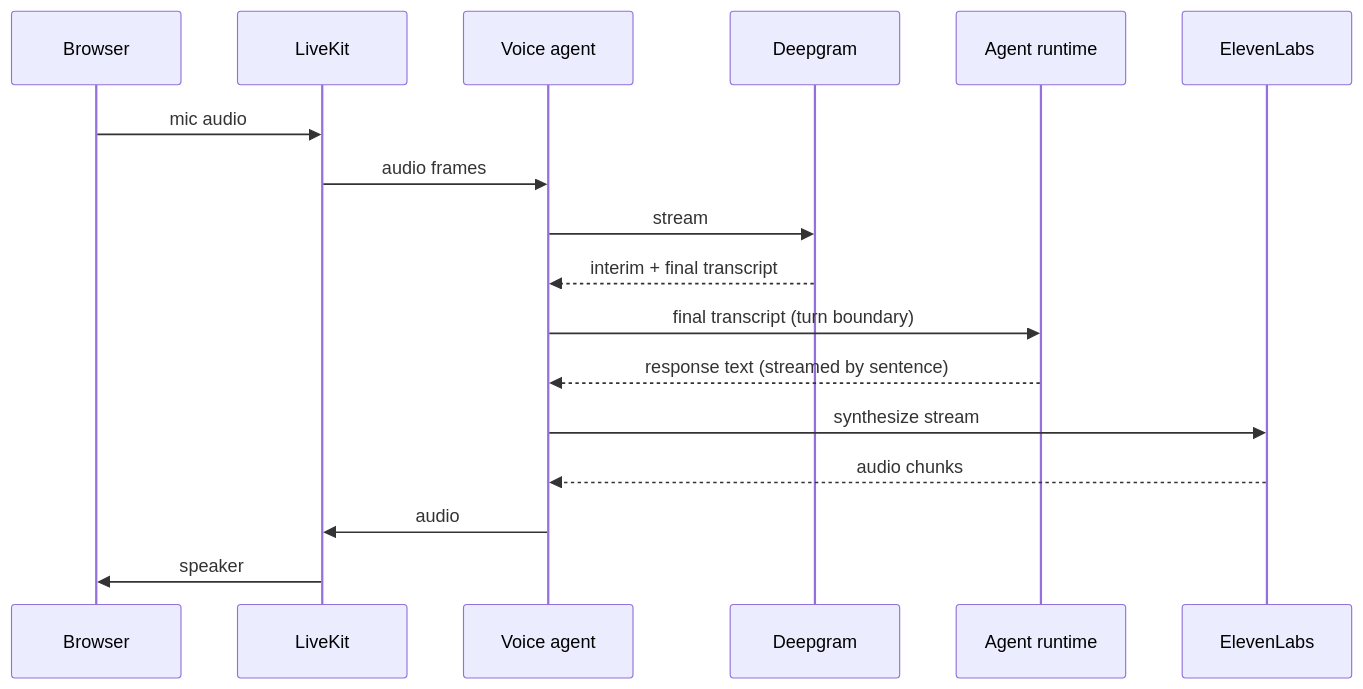
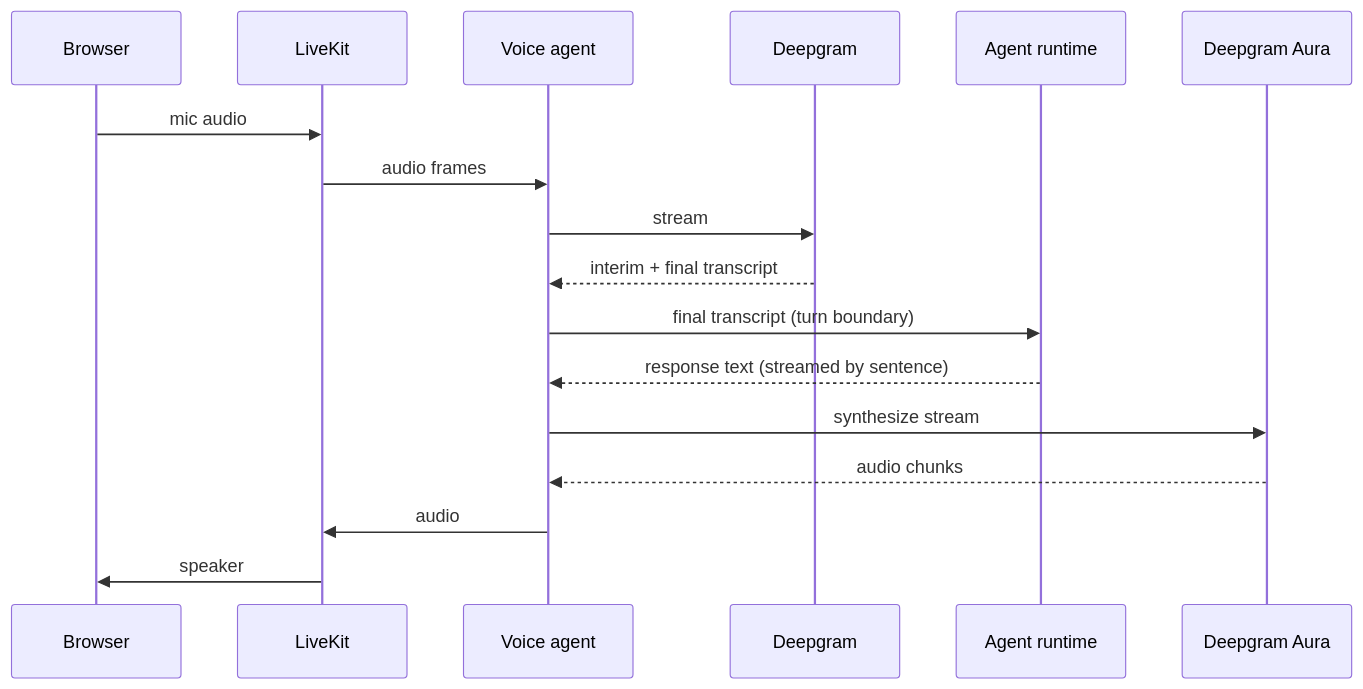
One commit to Hannan2102/careline-ai changed the third of 5 diagrams in ARCHITECTURE.md. Above: the diagram before and after it, drawn with Mermaid. The commit also changed other lines of this file and 10 other files, not shown here.

````diff
--- a/ARCHITECTURE.md
+++ b/ARCHITECTURE.md
@@ -135,19 +135,19 @@
 ```mermaid
 sequenceDiagram
   participant B as Browser
   participant L as LiveKit
   participant A as Voice agent
   participant D as Deepgram
   participant R as Agent runtime
-  participant EL as ElevenLabs
+  participant EL as Deepgram Aura
   B->>L: mic audio
   L->>A: audio frames
   A->>D: stream
   D-->>A: interim + final transcript
   A->>R: final transcript (turn boundary)
   R-->>A: response text (streamed by sentence)
   A->>EL: synthesize stream
   EL-->>A: audio chunks
   A->>L: audio
   L->>B: speaker
 ```
````
